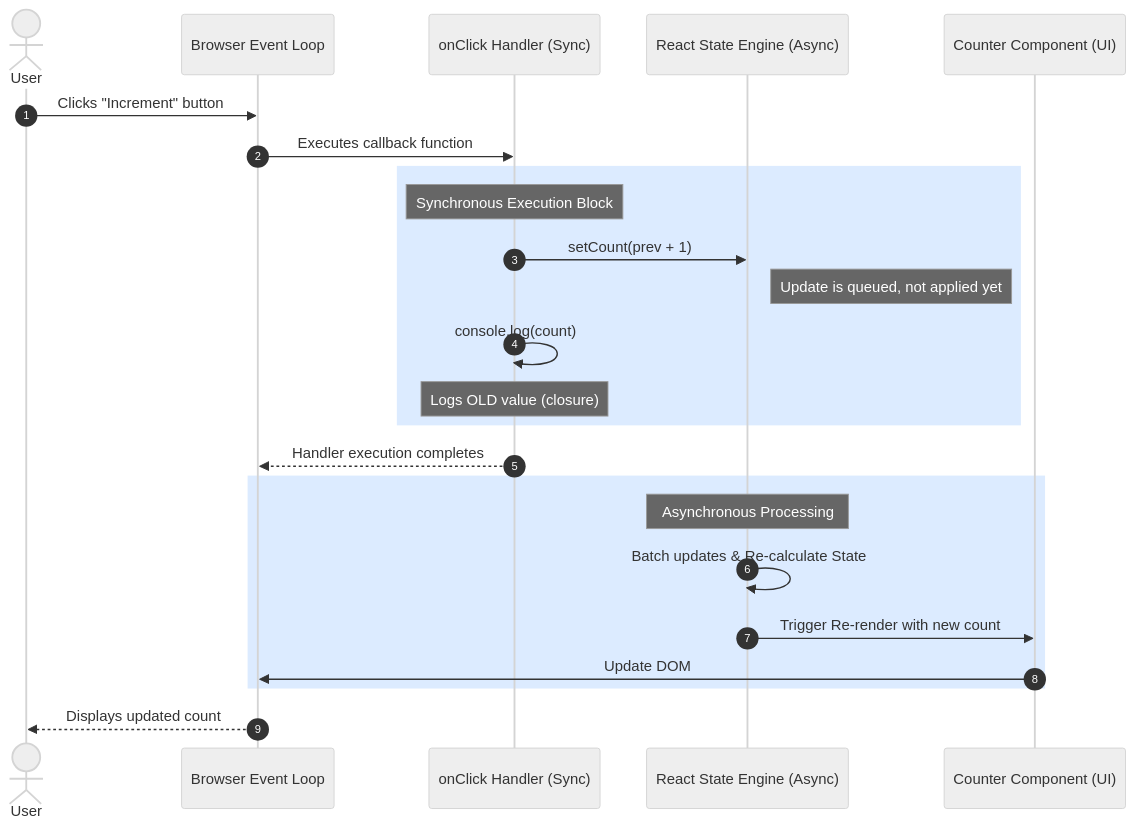
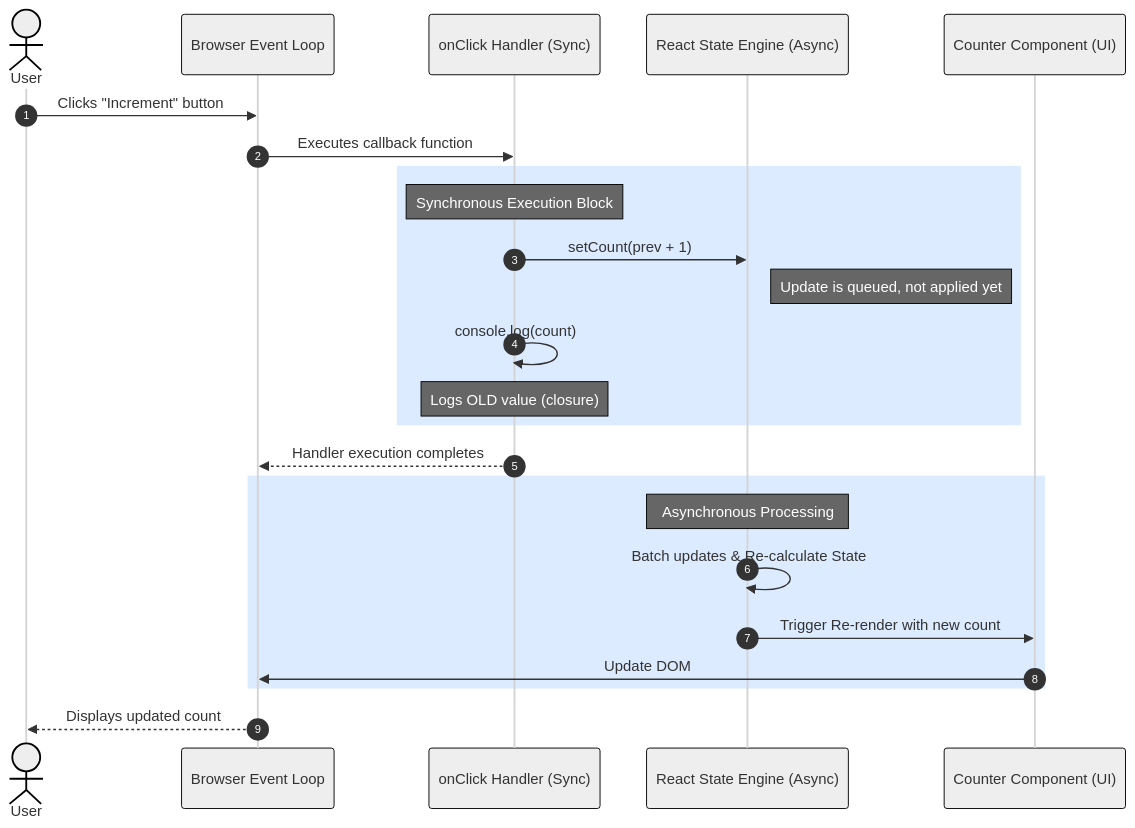
Before and after one commit to byucsstudent/casestudy-react: the diagram in instruction/introduction-to-asynchronous-events-in-react/introduction-to-asynchronous-events-in-react.md, drawn with Mermaid.

Commit message:
update(Introduction to Asynchronous Events in React)

````diff
--- a/instruction/introduction-to-asynchronous-events-in-react/introduction-to-asynchronous-events-in-react.md
+++ b/instruction/introduction-to-asynchronous-events-in-react/introduction-to-asynchronous-events-in-react.md
@@ -50,33 +50,33 @@
 ```mermaid
-%%{init: {'theme': 'neutral'}}%%
+%%{init: { 'theme': 'neutral', 'themeVariables': { 'lineColor': '#000000', 'primaryTextColor': '#000000', 'actorBorder': '#000000', 'participantBorder': '#000000', 'noteBorderColor': '#000000' } }}%%
 
 sequenceDiagram
     autonumber
     actor User
     participant Browser as Browser Event Loop
     participant Handler as onClick Handler (Sync)
     participant React as React State Engine (Async)
     participant UI as Counter Component (UI)
 
     User->>Browser: Clicks "Increment" button
     Browser->>Handler: Executes callback function
     
     rect rgb(220, 235, 255)
         Note over Handler: Synchronous Execution Block
         Handler->>React: setCount(prev + 1)
         Note right of React: Update is queued, not applied yet
         Handler->>Handler: console.log(count) 
         Note over Handler: Logs OLD value (closure)
     end
 
     Handler-->>Browser: Handler execution completes
     
     rect rgb(220, 235, 255)
         Note over React: Asynchronous Processing
         React->>React: Batch updates & Re-calculate State
         React->>UI: Trigger Re-render with new count
         UI->>Browser: Update DOM
     end
 
     Browser-->>User: Displays updated count
 ```
````
